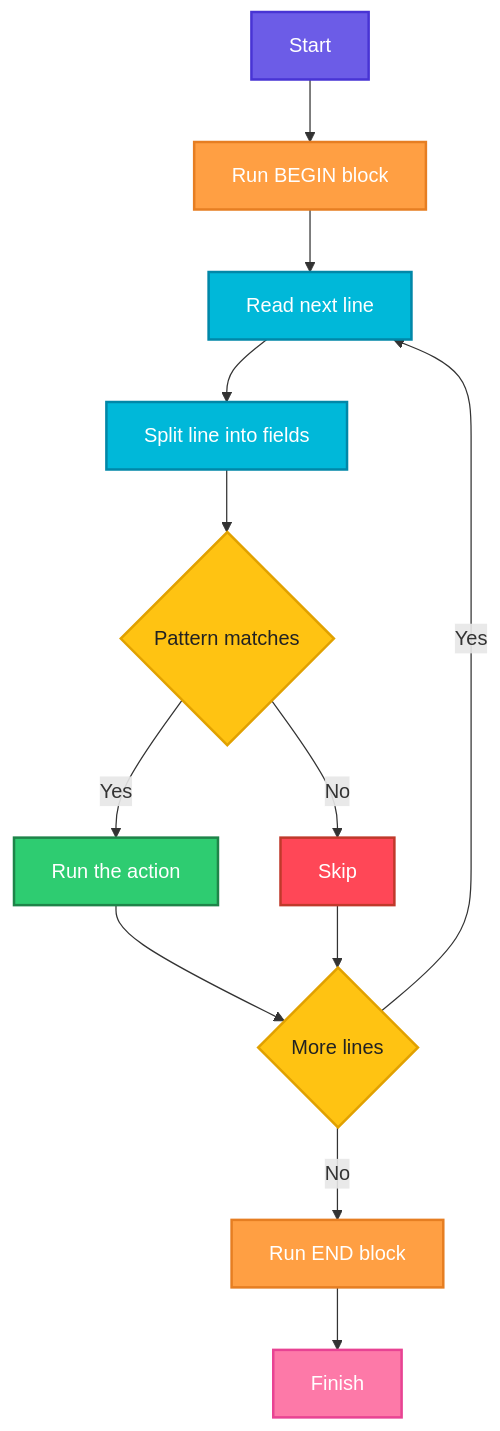
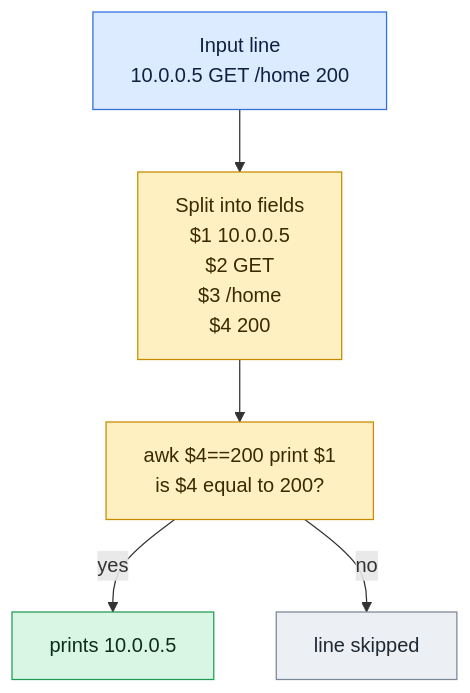
One commit to codeKerdosTech/DevOps-Documentation changed the diagram in linux/text-processing/awk.md. Above: the diagram before and after it, drawn with Mermaid. The commit also changed other lines of this file and 165 other files, not shown here.

Commit message:
updated diagrams in linux

````diff
--- a/linux/text-processing/awk.md
+++ b/linux/text-processing/awk.md
@@ -19,28 +19,16 @@
 ```mermaid
 flowchart TD
-    A[Start] --> B[Run BEGIN block]
-    B --> C[Read next line]
-    C --> D[Split line into fields]
-    D --> E{Pattern matches}
-    E -->|Yes| F[Run the action]
-    E -->|No| G[Skip]
-    F --> H{More lines}
-    G --> H
-    H -->|Yes| C
-    H -->|No| I[Run END block]
-    I --> J[Finish]
-    classDef start fill:#6C5CE7,stroke:#4834D4,stroke-width:2px,color:#fff
-    classDef proc fill:#00B8D9,stroke:#0087A8,stroke-width:2px,color:#fff
-    classDef dec fill:#FFC312,stroke:#E1A100,stroke-width:2px,color:#222
-    classDef ok fill:#2ECC71,stroke:#1E8449,stroke-width:2px,color:#fff
-    classDef err fill:#FF4757,stroke:#C0392B,stroke-width:2px,color:#fff
-    classDef out fill:#FD79A8,stroke:#E84393,stroke-width:2px,color:#fff
-    classDef alt fill:#FF9F43,stroke:#E67E22,stroke-width:2px,color:#fff
-    class A start
-    class B,I alt
-    class C,D proc
-    class E,H dec
-    class F ok
-    class G err
-    class J out
+    i1[Input line<br/>10.0.0.5 GET /home 200] --> c1[Split into fields<br/>$1 10.0.0.5<br/>$2 GET<br/>$3 /home<br/>$4 200]
+    c1 --> c2[awk $4==200 print $1<br/>is $4 equal to 200?]
+    c2 -->|yes| o1[prints 10.0.0.5]
+    c2 -->|no| n1[line skipped]
+    classDef inp fill:#DCEBFF,stroke:#2F6FDE,color:#10213F
+    classDef cmd fill:#FFF0C2,stroke:#C98A00,color:#3A2A00
+    classDef out fill:#D9F5E3,stroke:#1F9D55,color:#0B2E1A
+    classDef bad fill:#FDE0E0,stroke:#D13B3B,color:#4A0F0F
+    classDef note fill:#ECEFF3,stroke:#7B8794,color:#1F2933
+    class i1 inp
+    class c1,c2 cmd
+    class o1 out
+    class n1 note
 ```
````
